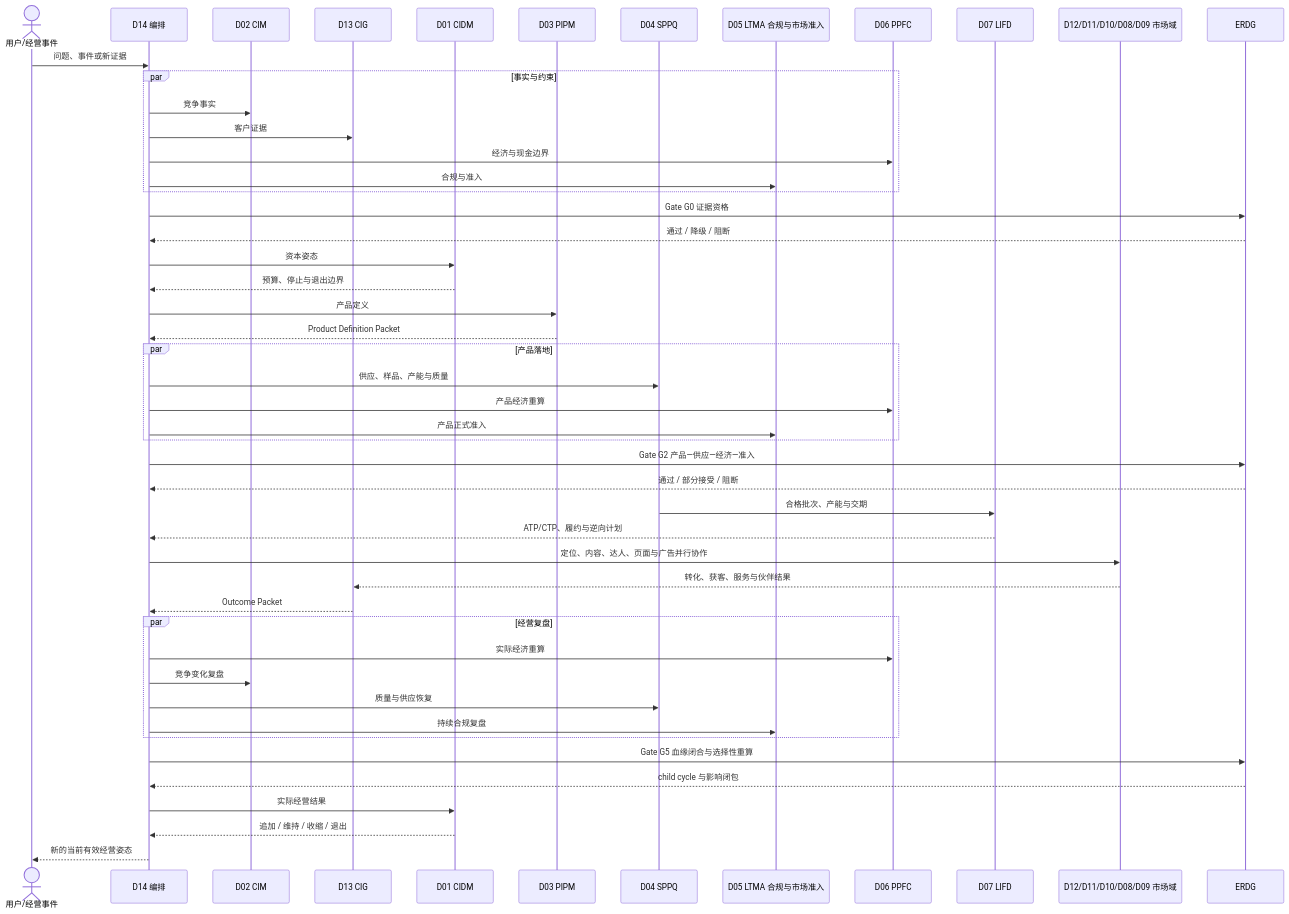
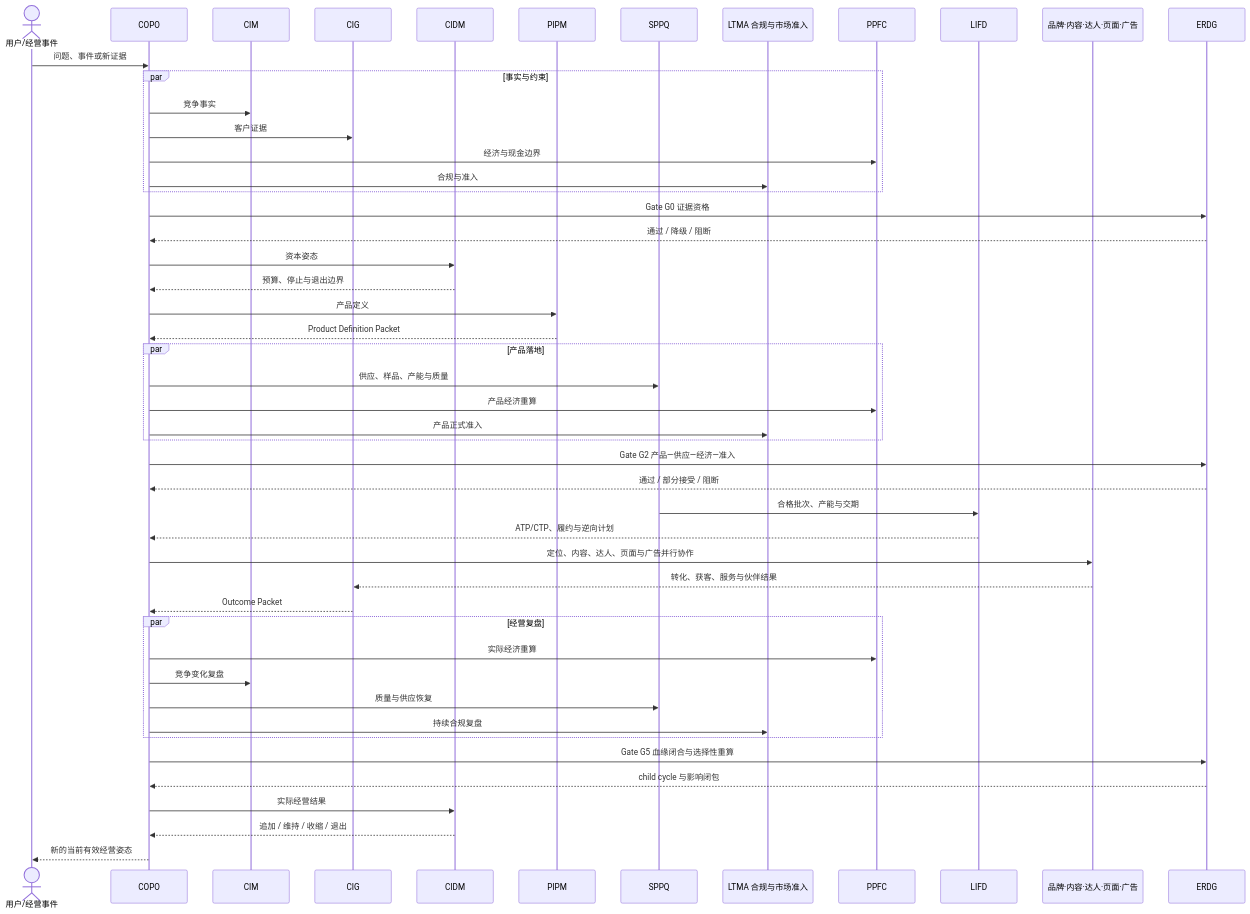
One commit to saye-chen/CrossBorder-Decision-Lab changed the third of 3 diagrams in README.md. Above: the diagram before and after it, drawn with Mermaid. The commit also changed other lines of this file and 2 other files, not shown here.

Commit message:
polish homepage capability architecture

````diff
--- a/README.md
+++ b/README.md
@@ -162,51 +167,51 @@
 ```mermaid
 sequenceDiagram
     actor U as 用户/经营事件
-    participant D14 as D14 编排
-    participant D02 as D02 CIM
-    participant D13 as D13 CIG
-    participant D01 as D01 CIDM
-    participant D03 as D03 PIPM
-    participant D04 as D04 SPPQ
-    participant D05 as D05 LTMA 合规与市场准入
-    participant D06 as D06 PPFC
-    participant D07 as D07 LIFD
-    participant M as D12/D11/D10/D08/D09 市场域
+    participant COPO as COPO
+    participant CIM as CIM
+    participant CIG as CIG
+    participant CIDM as CIDM
+    participant PIPM as PIPM
+    participant SPPQ as SPPQ
+    participant LTMA as LTMA 合规与市场准入
+    participant PPFC as PPFC
+    participant LIFD as LIFD
+    participant M as 品牌·内容·达人·页面·广告
     participant E as ERDG
-    U->>D14: 问题、事件或新证据
+    U->>COPO: 问题、事件或新证据
     par 事实与约束
-      D14->>D02: 竞争事实
-      D14->>D13: 客户证据
-      D14->>D06: 经济与现金边界
-      D14->>D05: 合规与准入
+      COPO->>CIM: 竞争事实
+      COPO->>CIG: 客户证据
+      COPO->>PPFC: 经济与现金边界
+      COPO->>LTMA: 合规与准入
     end
-    D14->>E: Gate G0 证据资格
-    E-->>D14: 通过 / 降级 / 阻断
-    D14->>D01: 资本姿态
-    D01-->>D14: 预算、停止与退出边界
-    D14->>D03: 产品定义
-    D03-->>D14: Product Definition Packet
+    COPO->>E: Gate G0 证据资格
+    E-->>COPO: 通过 / 降级 / 阻断
+    COPO->>CIDM: 资本姿态
+    CIDM-->>COPO: 预算、停止与退出边界
+    COPO->>PIPM: 产品定义
+    PIPM-->>COPO: Product Definition Packet
     par 产品落地
-      D14->>D04: 供应、样品、产能与质量
-      D14->>D06: 产品经济重算
-      D14->>D05: 产品正式准入
+      COPO->>SPPQ: 供应、样品、产能与质量
+      COPO->>PPFC: 产品经济重算
+      COPO->>LTMA: 产品正式准入
     end
-    D14->>E: Gate G2 产品—供应—经济—准入
-    E-->>D14: 通过 / 部分接受 / 阻断
-    D04->>D07: 合格批次、产能与交期
-    D07-->>D14: ATP/CTP、履约与逆向计划
-    D14->>M: 定位、内容、达人、页面与广告并行协作
-    M-->>D13: 转化、获客、服务与伙伴结果
-    D13-->>D14: Outcome Packet
+    COPO->>E: Gate G2 产品—供应—经济—准入
+    E-->>COPO: 通过 / 部分接受 / 阻断
+    SPPQ->>LIFD: 合格批次、产能与交期
+    LIFD-->>COPO: ATP/CTP、履约与逆向计划
+    COPO->>M: 定位、内容、达人、页面与广告并行协作
+    M-->>CIG: 转化、获客、服务与伙伴结果
+    CIG-->>COPO: Outcome Packet
     par 经营复盘
-      D14->>D06: 实际经济重算
-      D14->>D02: 竞争变化复盘
-      D14->>D04: 质量与供应恢复
-      D14->>D05: 持续合规复盘
+      COPO->>PPFC: 实际经济重算
+      COPO->>CIM: 竞争变化复盘
+      COPO->>SPPQ: 质量与供应恢复
+      COPO->>LTMA: 持续合规复盘
     end
-    D14->>E: Gate G5 血缘闭合与选择性重算
-    E-->>D14: child cycle 与影响闭包
-    D14->>D01: 实际经营结果
-    D01-->>D14: 追加 / 维持 / 收缩 / 退出
-    D14-->>U: 新的当前有效经营姿态
+    COPO->>E: Gate G5 血缘闭合与选择性重算
+    E-->>COPO: child cycle 与影响闭包
+    COPO->>CIDM: 实际经营结果
+    CIDM-->>COPO: 追加 / 维持 / 收缩 / 退出
+    COPO-->>U: 新的当前有效经营姿态
 ```
````
